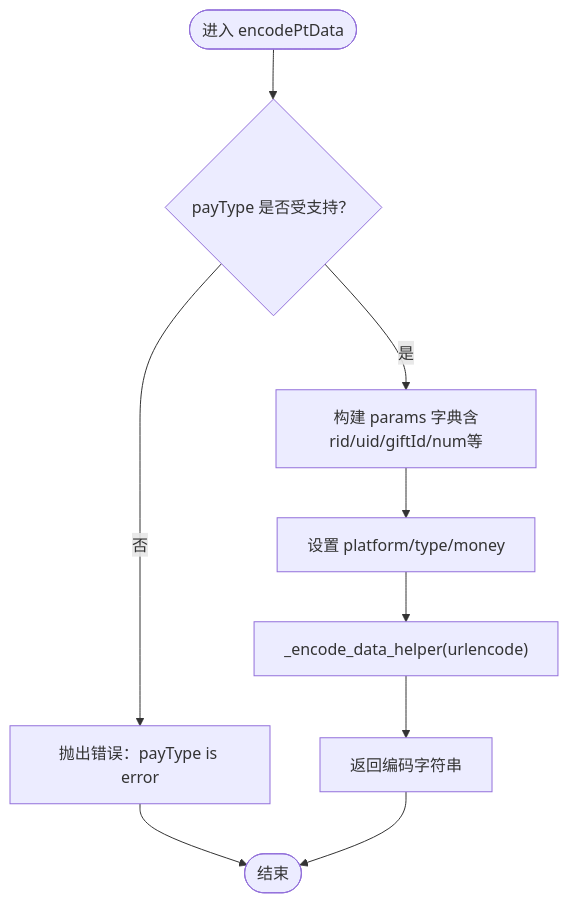
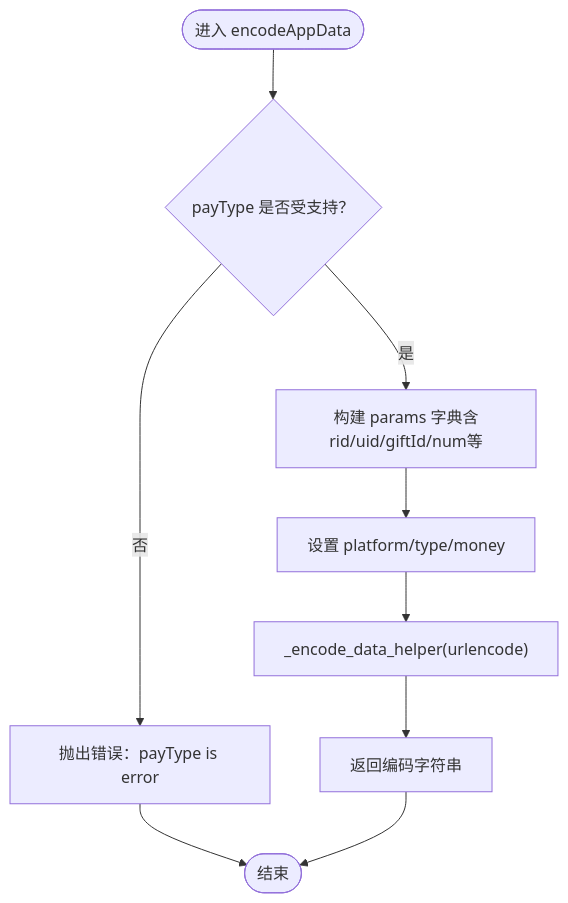
The third of 6 diagrams in .qoder/repowiki/zh/content/平台支持/PT海外版平台.md (liximing1-ola/qa-payTest), drawn with Mermaid before and after one commit. The commit also changed other lines of this file and 6 other files, not shown here.

````diff
--- a/.qoder/repowiki/zh/content/平台支持/PT海外版平台.md
+++ b/.qoder/repowiki/zh/content/平台支持/PT海外版平台.md
@@ -127,11 +137,11 @@
 ```mermaid
 flowchart TD
-Start(["进入 encodePtData"]) --> CheckType{"payType 是否受支持？"}
+Start(["进入 encodeAppData"]) --> CheckType{"payType 是否受支持？"}
 CheckType --> |否| RaiseErr["抛出错误：payType is error"]
 CheckType --> |是| BuildParams["构建 params 字典含rid/uid/giftId/num等"]
 BuildParams --> SetType["设置 platform/type/money"]
 SetType --> Encode["_encode_data_helper(urlencode)"]
 Encode --> Return["返回编码字符串"]
 RaiseErr --> End(["结束"])
 Return --> End
 ```
````
